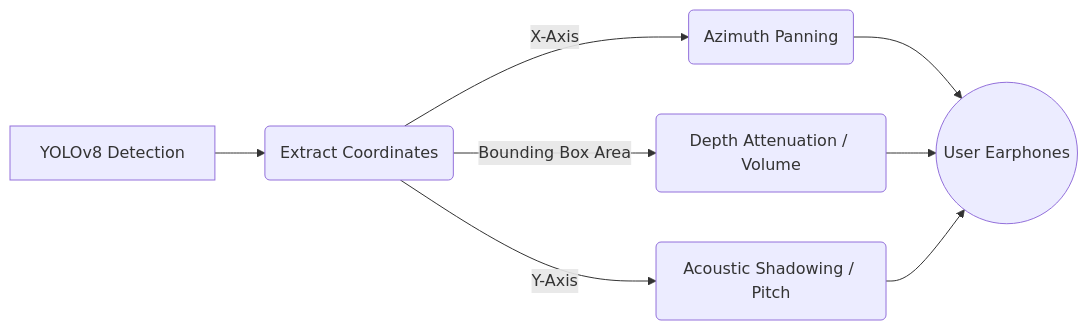
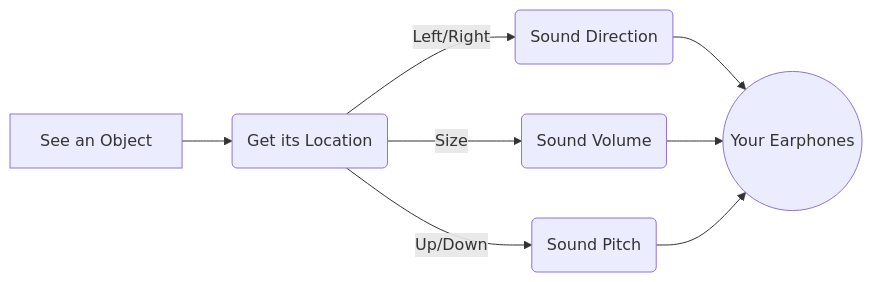
Before and after one commit to Kartikey-varshney206/Blind-stick-android-app: the second of 4 diagrams in README.md, drawn with Mermaid. The commit also changed other lines of this file, not shown here.

````diff
--- a/README.md
+++ b/README.md
@@ -48,10 +49,10 @@
 ```mermaid
 graph LR
-    A[YOLOv8 Detection] --> B(Extract Coordinates)
-    B -->|X-Axis| C(Azimuth Panning)
-    B -->|Bounding Box Area| D(Depth Attenuation / Volume)
-    B -->|Y-Axis| E(Acoustic Shadowing / Pitch)
-    C --> F((User Earphones))
+    A[See an Object] --> B(Get its Location)
+    B -->|Left/Right| C(Sound Direction)
+    B -->|Size| D(Sound Volume)
+    B -->|Up/Down| E(Sound Pitch)
+    C --> F((Your Earphones))
     D --> F
     E --> F
 ```
````
